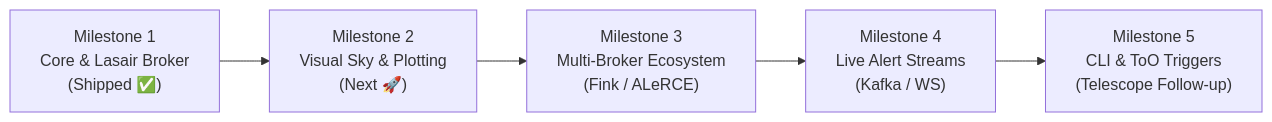
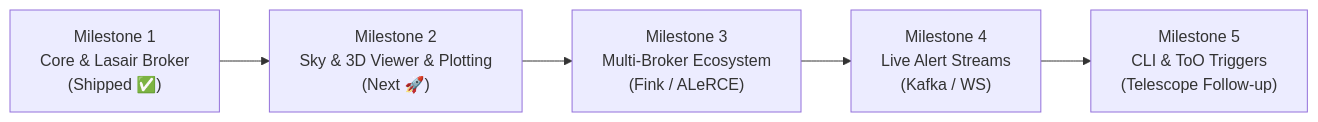
One commit to vilmosioo/skyscout changed the diagram in ROADMAP.md. Above: the diagram before and after it, drawn with Mermaid. The commit also changed other lines of this file and 2 other files, not shown here.

````diff
--- a/ROADMAP.md
+++ b/ROADMAP.md
@@ -11,7 +11,7 @@
 ```mermaid
 flowchart LR
-    M1["Milestone 1<br/>Core & Lasair Broker<br/>(Shipped ✅)"] --> M2["Milestone 2<br/>Visual Sky & Plotting<br/>(Next 🚀)"]
+    M1["Milestone 1<br/>Core & Lasair Broker<br/>(Shipped ✅)"] --> M2["Milestone 2<br/>Sky & 3D Viewer & Plotting<br/>(Next 🚀)"]
     M2 --> M3["Milestone 3<br/>Multi-Broker Ecosystem<br/>(Fink / ALeRCE)"]
     M3 --> M4["Milestone 4<br/>Live Alert Streams<br/>(Kafka / WS)"]
     M4 --> M5["Milestone 5<br/>CLI & ToO Triggers<br/>(Telescope Follow-up)"]
 ```
````
